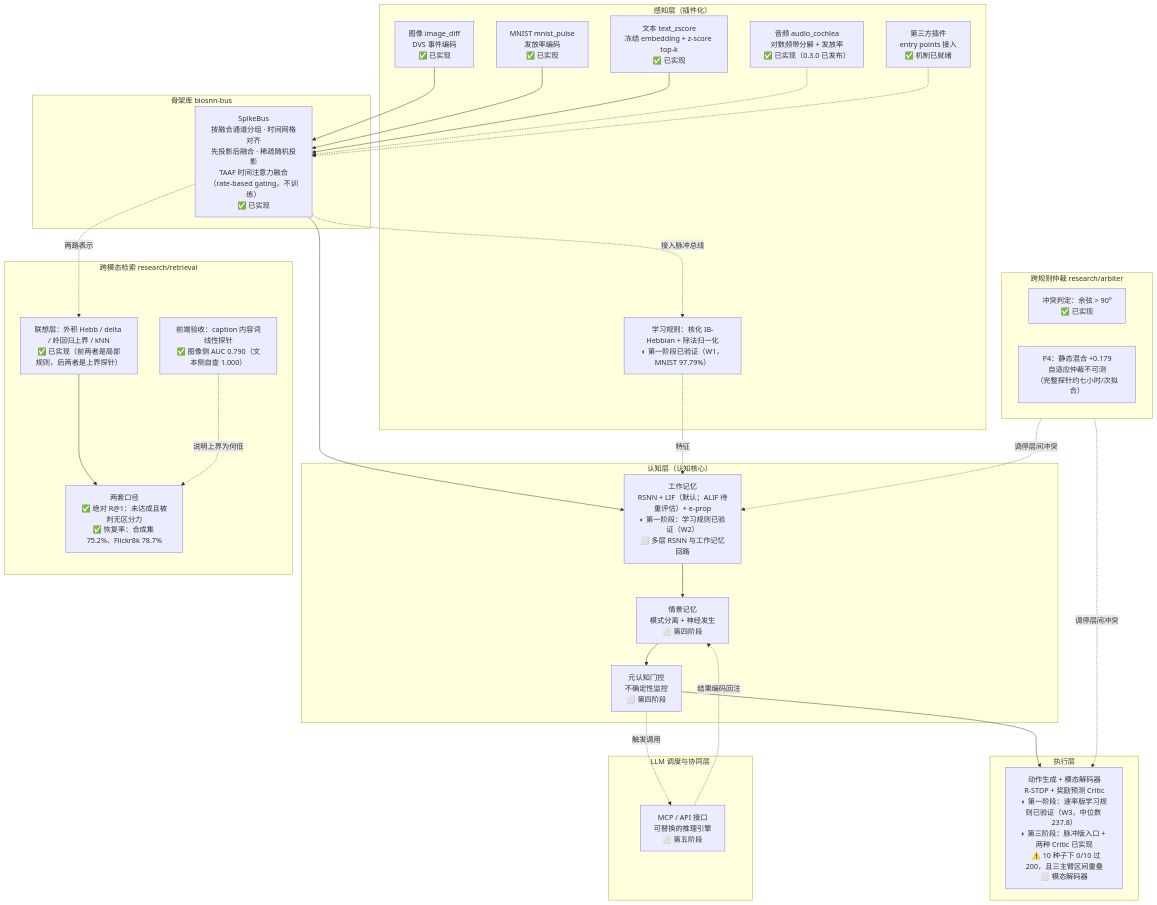
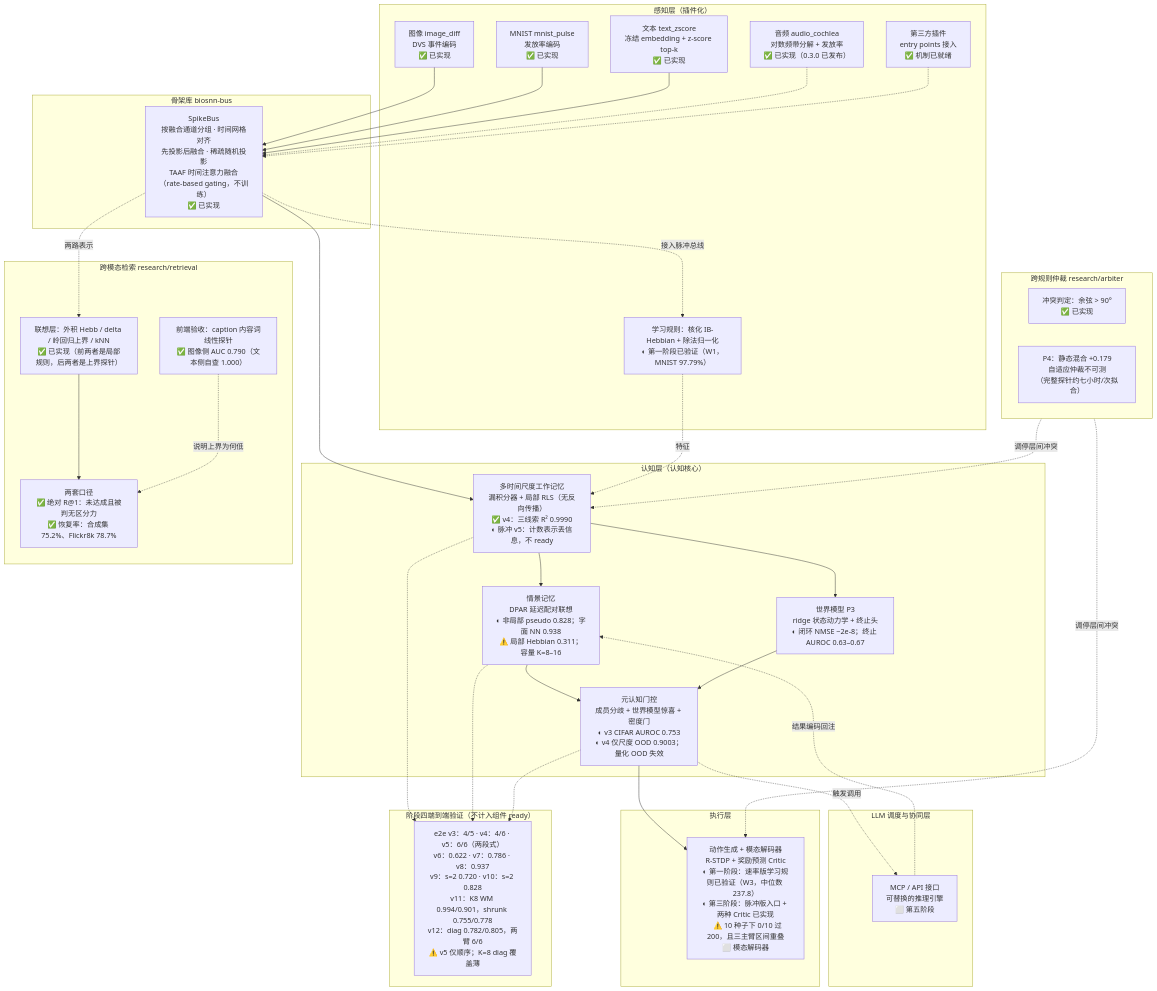
Before and after one commit to zqf20096327/ai_collect: the diagram in data/readmes/lzmd-arch__BioSNN-Plug.md, drawn with Mermaid. The commit also changed other lines of this file and 1876 other files, not shown here.

````diff
--- a/data/readmes/lzmd-arch__BioSNN-Plug.md
+++ b/data/readmes/lzmd-arch__BioSNN-Plug.md
@@ -122,61 +126,71 @@
 ```mermaid
 flowchart TB
     subgraph L5["LLM 调度与协同层"]
         MCP["MCP / API 接口<br/>可替换的推理引擎<br/>⬜ 第五阶段"]
     end
 
     subgraph L4["执行层"]
         ACT["动作生成 + 模态解码器<br/>R-STDP + 奖励预测 Critic<br/>◐ 第一阶段：速率版学习规则已验证（W3，中位数 237.8）<br/>◐ 第三阶段：脉冲版入口 + 两种 Critic 已实现<br/>&nbsp;&nbsp;&nbsp;⚠️ 10 种子下 0/10 过 200，且三主臂区间重叠<br/>⬜ 模态解码器"]
     end
 
     subgraph L3["认知层（认知核心）"]
-        WM["工作记忆<br/>RSNN + LIF（默认；ALIF 待重评估）+ e-prop<br/>◐ 第一阶段：学习规则已验证（W2）<br/>⬜ 多层 RSNN 与工作记忆回路"]
-        EM["情景记忆<br/>模式分离 + 神经发生<br/>⬜ 第四阶段"]
-        MG["元认知门控<br/>不确定性监控<br/>⬜ 第四阶段"]
+        WM["多时间尺度工作记忆<br/>漏积分器 + 局部 RLS（无反向传播）<br/>✅ v4：三线索 R² 0.9990<br/>◐ 脉冲 v5：计数表示丢信息，不 ready"]
+        EM["情景记忆<br/>DPAR 延迟配对联想<br/>◐ 非局部 pseudo 0.828；字面 NN 0.938<br/>⚠️ 局部 Hebbian 0.311；容量 K=8–16"]
+        MG["元认知门控<br/>成员分歧 + 世界模型惊喜 + 密度门<br/>◐ v3 CIFAR AUROC 0.753<br/>◐ v4 仅尺度 OOD 0.9003；量化 OOD 失效"]
+        WMODEL["世界模型 P3<br/>ridge 状态动力学 + 终止头<br/>◐ 闭环 NMSE ~2e-8；终止 AUROC 0.63–0.67"]
     end
 
     subgraph ARB["跨规则仲裁 research/arbiter"]
         CF["冲突判定：余弦 > 90°<br/>✅ 已实现"]
         ES["P4：静态混合 +0.179<br/>自适应仲裁不可测<br/>（完整探针约七小时/次拟合）"]
     end
 
     subgraph L2["骨架库 biosnn-bus"]
         BUS["SpikeBus<br/>按融合通道分组 · 时间网格对齐<br/>先投影后融合 · 稀疏随机投影<br/>TAAF 时间注意力融合（rate-based gating，不训练）<br/>✅ 已实现"]
     end
 
     subgraph L1["感知层（插件化）"]
         IMG["图像 image_diff<br/>DVS 事件编码<br/>✅ 已实现"]
         MN["MNIST mnist_pulse<br/>发放率编码<br/>✅ 已实现"]
         TXT["文本 text_zscore<br/>冻结 embedding + z-score top-k<br/>✅ 已实现"]
         AUD["音频 audio_cochlea<br/>对数频带分解 + 发放率<br/>✅ 已实现（0.3.0 已发布）"]
         THIRD["第三方插件<br/>entry points 接入<br/>✅ 机制已就绪"]
         HEB["学习规则：核化 IB-Hebbian + 除法归一化<br/>◐ 第一阶段已验证（W1，MNIST 97.79%）"]
     end
 
     IMG --> BUS
     MN --> BUS
     TXT --> BUS
     AUD -.-> BUS
     THIRD -.-> BUS
 
     BUS --> WM
     BUS -.->|接入脉冲总线| HEB
     HEB -.->|特征| WM
     WM --> EM
+    WM --> WMODEL
     EM --> MG
+    WMODEL --> MG
     MG --> ACT
     MG -.->|触发调用| MCP
     MCP -.->|结果编码回注| EM
     ARB -.->|调停层间冲突| WM
     ARB -.->|调停层间冲突| ACT
 
     subgraph W4["跨模态检索 research/retrieval"]
         FAC["联想层：外积 Hebb / delta / 岭回归上界 / kNN<br/>✅ 已实现（前两者是局部规则，后两者是上界探针）"]
         CRIT["两套口径<br/>✅ 绝对 R@1：未达成且被判无区分力<br/>✅ 恢复率：合成集 75.2%、Flickr8k 78.7%"]
         FE["前端验收：caption 内容词线性探针<br/>✅ 图像侧 AUC 0.790（文本侧自查 1.000）"]
     end
 
     BUS -.->|两路表示| FAC
     FAC --> CRIT
     FE -.->|说明上界为何低| CRIT
+
+    subgraph S4["阶段四端到端验证（不计入组件 ready）"]
+        E2E["e2e v3：4/5 · v4：4/6 · v5：6/6（两段式）<br/>v6：0.622 · v7：0.786 · v8：0.937<br/>v9：s=2 0.720 · v10：s=2 0.828<br/>v11：K8 WM 0.994/0.901，shrunk 0.755/0.778<br/>v12：diag 0.782/0.805，两臂 6/6<br/>⚠️ v5 仅顺序；K=8 diag 覆盖薄"]
+    end
+    WM -.-> E2E
+    EM -.-> E2E
+    MG -.-> E2E
 ```
````
